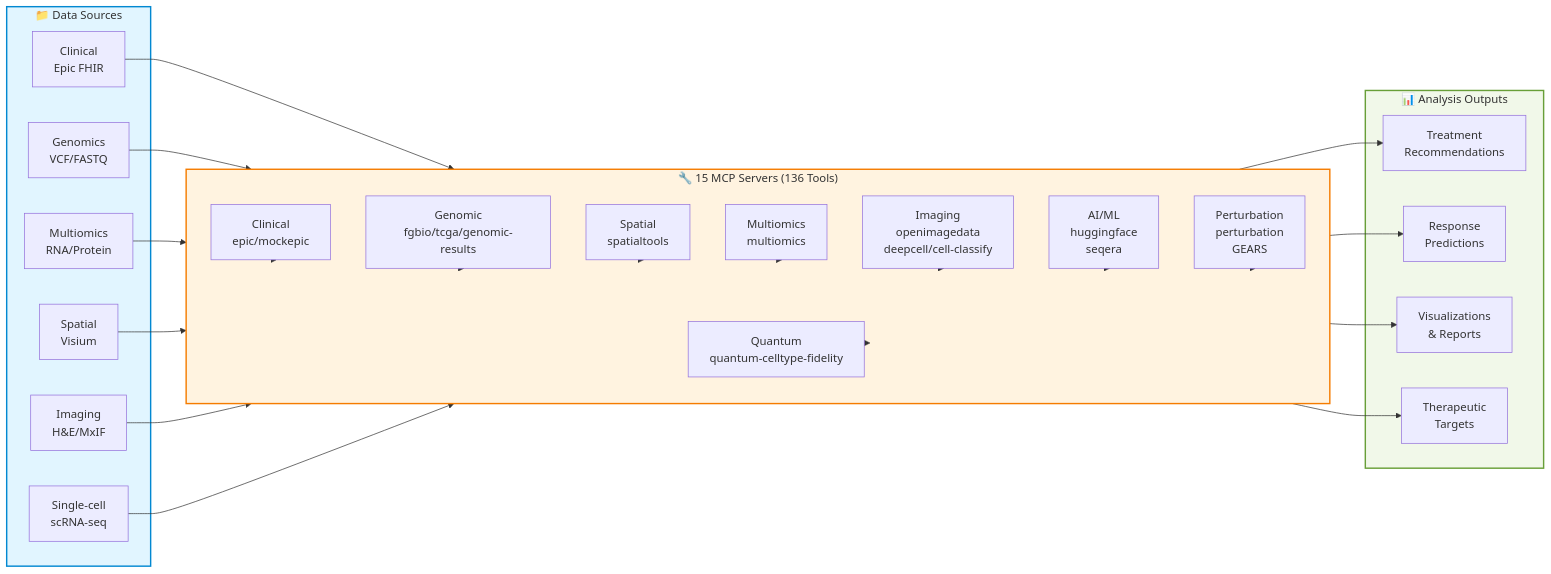
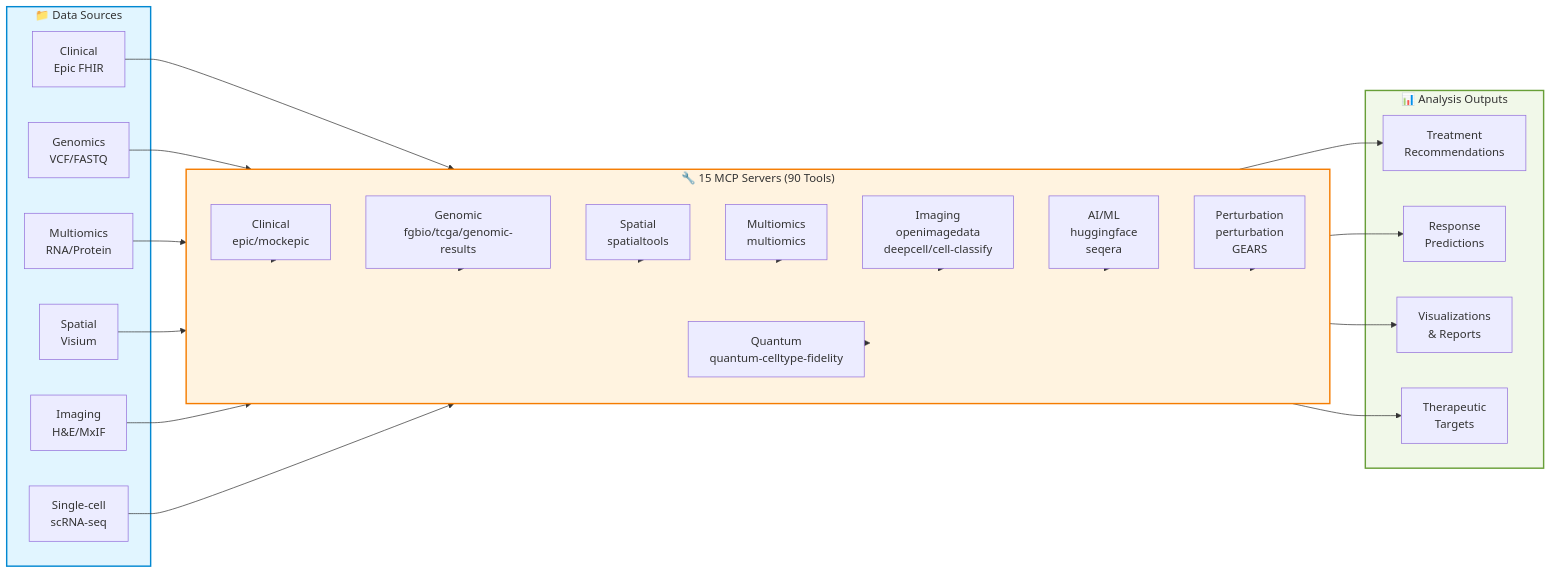
Before and after one commit to raymond301/precision-medicine-mcp: the first of 2 diagrams in docs/reference/architecture/README.md, drawn with Mermaid. The commit also changed other lines of this file and 33 other files, not shown here.

````diff
--- a/docs/reference/architecture/README.md
+++ b/docs/reference/architecture/README.md
@@ -9,55 +9,55 @@
 ```mermaid
 graph LR
     subgraph Input["📁 Data Sources"]
         EHR[Clinical<br/>Epic FHIR]
         SEQ[Genomics<br/>VCF/FASTQ]
         OMICS[Multiomics<br/>RNA/Protein]
         SPATIAL[Spatial<br/>Visium]
         IMG[Imaging<br/>H&E/MxIF]
         SCRNA[Single-cell<br/>scRNA-seq]
     end
 
-    subgraph MCP["🔧 15 MCP Servers (136 Tools)"]
+    subgraph MCP["🔧 15 MCP Servers (90 Tools)"]
         direction TB
         S1[Clinical<br/>epic/mockepic]
         S2[Genomic<br/>fgbio/tcga/genomic-results]
         S3[Spatial<br/>spatialtools]
         S4[Multiomics<br/>multiomics]
         S5[Imaging<br/>openimagedata<br/>deepcell/cell-classify]
         S6[AI/ML<br/>huggingface<br/>seqera]
         S7[Perturbation<br/>perturbation<br/>GEARS]
         S8[Quantum<br/>quantum-celltype-fidelity]
     end
 
     subgraph Output["📊 Analysis Outputs"]
         TREAT[Treatment<br/>Recommendations]
         PREDICT[Response<br/>Predictions]
         VIZ[Visualizations<br/>& Reports]
         INSIGHTS[Therapeutic<br/>Targets]
     end
 
     EHR --> S1
     SEQ --> S2
     OMICS --> S4
     SPATIAL --> S3
     IMG --> S5
     SCRNA --> S7
 
     S1 --> MCP
     S2 --> MCP
     S3 --> MCP
     S4 --> MCP
     S5 --> MCP
     S6 --> MCP
     S7 --> MCP
     S8 --> MCP
 
     MCP --> TREAT
     MCP --> PREDICT
     MCP --> VIZ
     MCP --> INSIGHTS
 
     style Input fill:#e1f5ff,stroke:#0288d1,stroke-width:2px
     style MCP fill:#fff3e0,stroke:#f57c00,stroke-width:2px
     style Output fill:#f1f8e9,stroke:#689f38,stroke-width:2px
 ```
````
